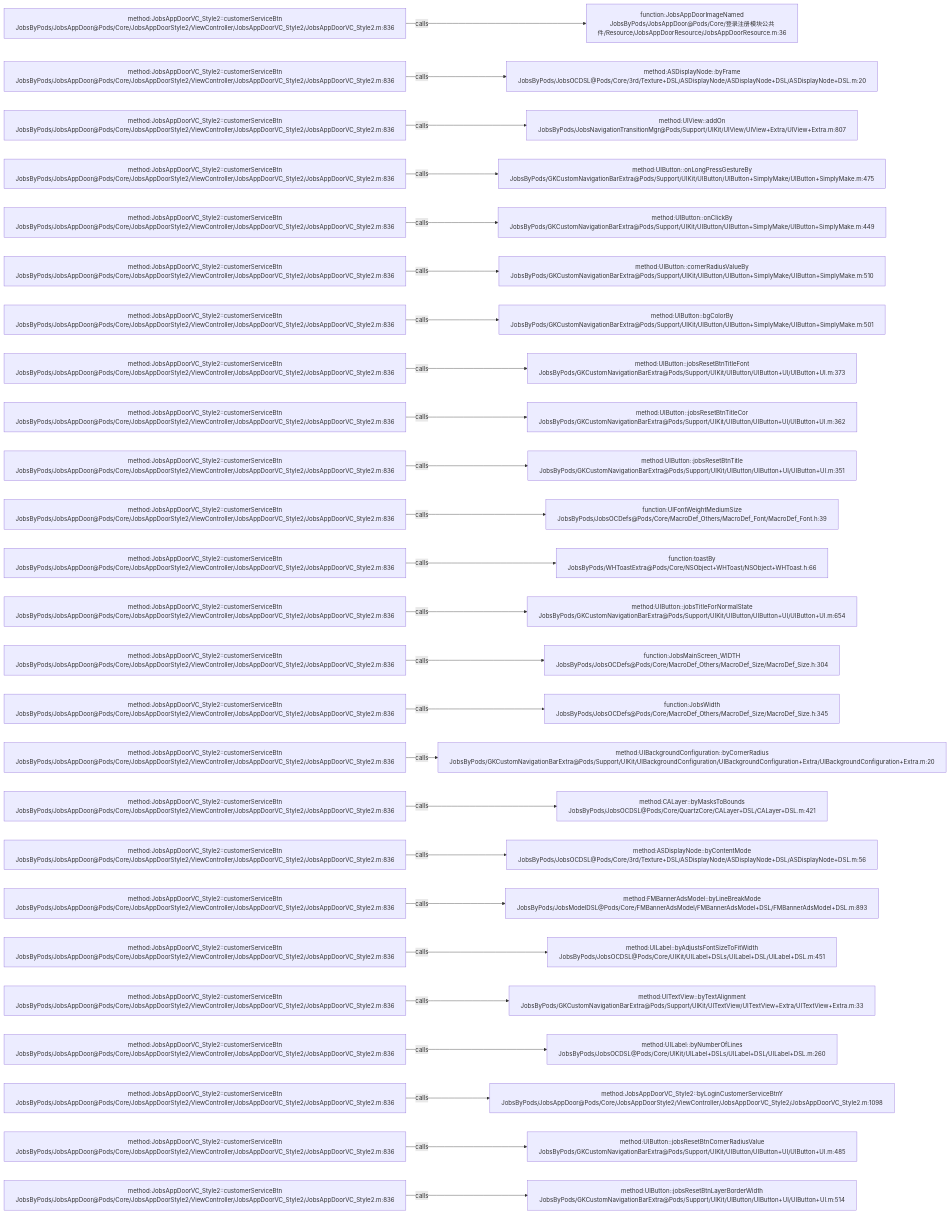
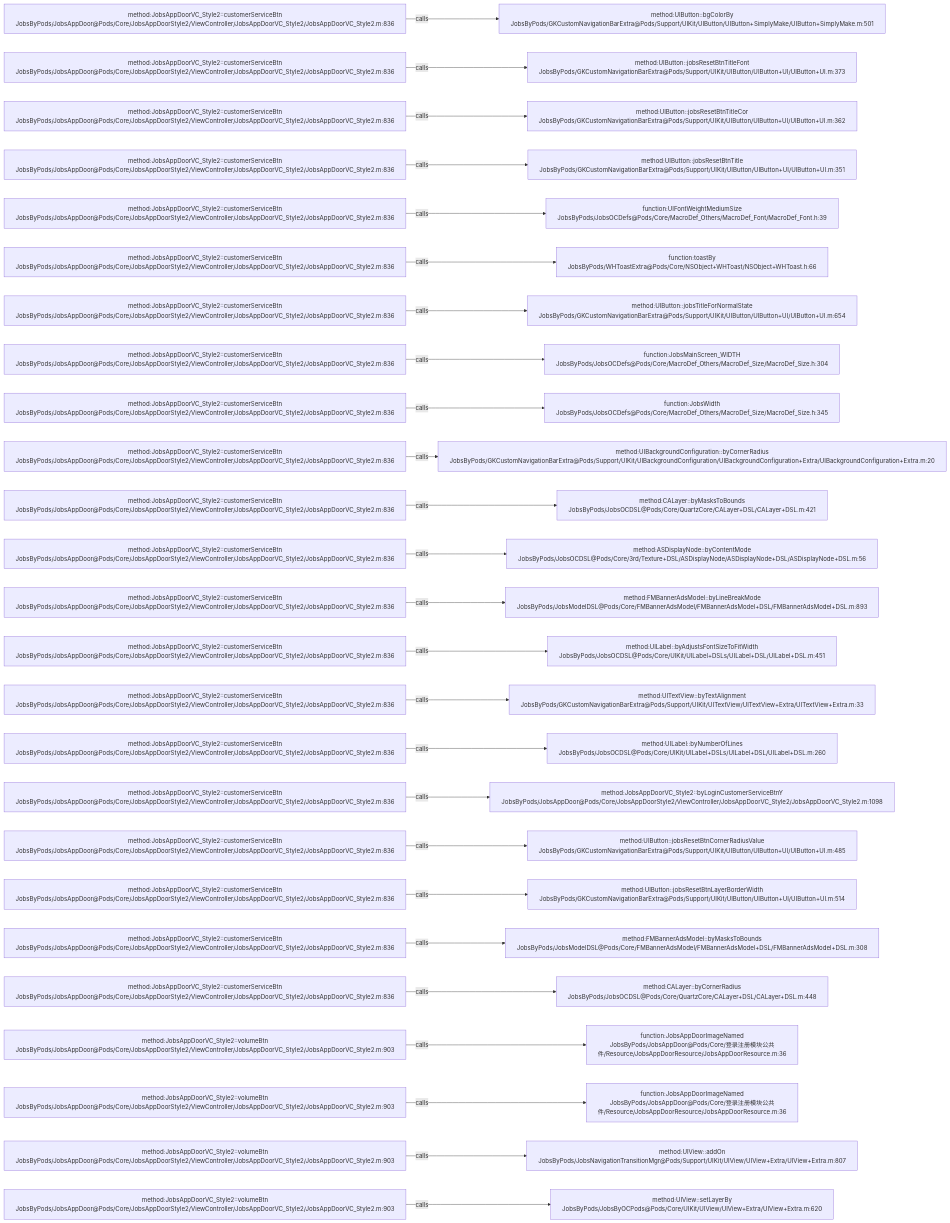
The diagram in .codegraph/codegraph.md/graphs/calls-144.md (JobsKits/JobsOCBaseConfigDemo), drawn with Mermaid before and after one commit. The commit also changed 116 other files, not shown here.

````diff
--- a/.codegraph/codegraph.md/graphs/calls-144.md
+++ b/.codegraph/codegraph.md/graphs/calls-144.md
@@ -13,78 +13,78 @@
 ```mermaid
 flowchart LR
   S1["method:JobsAppDoorVC_Style2::customerServiceBtn<br/>JobsByPods/JobsAppDoor@Pods/Core/JobsAppDoorStyle2/ViewController/JobsAppDoorVC_Style2/JobsAppDoorVC_Style2.m:836"]
-  T1["function:JobsAppDoorImageNamed<br/>JobsByPods/JobsAppDoor@Pods/Core/登录注册模块公共件/Resource/JobsAppDoorResource/JobsAppDoorResource.m:36"]
+  T1["method:UIButton::bgColorBy<br/>JobsByPods/GKCustomNavigationBarExtra@Pods/Support/UIKit/UIButton/UIButton+SimplyMake/UIButton+SimplyMake.m:501"]
   S1 -->|calls| T1
   S2["method:JobsAppDoorVC_Style2::customerServiceBtn<br/>JobsByPods/JobsAppDoor@Pods/Core/JobsAppDoorStyle2/ViewController/JobsAppDoorVC_Style2/JobsAppDoorVC_Style2.m:836"]
-  T2["method:ASDisplayNode::byFrame<br/>JobsByPods/JobsOCDSL@Pods/Core/3rd/Texture+DSL/ASDisplayNode/ASDisplayNode+DSL/ASDisplayNode+DSL.m:20"]
+  T2["method:UIButton::jobsResetBtnTitleFont<br/>JobsByPods/GKCustomNavigationBarExtra@Pods/Support/UIKit/UIButton/UIButton+UI/UIButton+UI.m:373"]
   S2 -->|calls| T2
   S3["method:JobsAppDoorVC_Style2::customerServiceBtn<br/>JobsByPods/JobsAppDoor@Pods/Core/JobsAppDoorStyle2/ViewController/JobsAppDoorVC_Style2/JobsAppDoorVC_Style2.m:836"]
-  T3["method:UIView::addOn<br/>JobsByPods/JobsNavigationTransitionMgr@Pods/Support/UIKit/UIView/UIView+Extra/UIView+Extra.m:807"]
+  T3["method:UIButton::jobsResetBtnTitleCor<br/>JobsByPods/GKCustomNavigationBarExtra@Pods/Support/UIKit/UIButton/UIButton+UI/UIButton+UI.m:362"]
   S3 -->|calls| T3
   S4["method:JobsAppDoorVC_Style2::customerServiceBtn<br/>JobsByPods/JobsAppDoor@Pods/Core/JobsAppDoorStyle2/ViewController/JobsAppDoorVC_Style2/JobsAppDoorVC_Style2.m:836"]
-  T4["method:UIButton::onLongPressGestureBy<br/>JobsByPods/GKCustomNavigationBarExtra@Pods/Support/UIKit/UIButton/UIButton+SimplyMake/UIButton+SimplyMake.m:475"]
+  T4["method:UIButton::jobsResetBtnTitle<br/>JobsByPods/GKCustomNavigationBarExtra@Pods/Support/UIKit/UIButton/UIButton+UI/UIButton+UI.m:351"]
   S4 -->|calls| T4
   S5["method:JobsAppDoorVC_Style2::customerServiceBtn<br/>JobsByPods/JobsAppDoor@Pods/Core/JobsAppDoorStyle2/ViewController/JobsAppDoorVC_Style2/JobsAppDoorVC_Style2.m:836"]
-  T5["method:UIButton::onClickBy<br/>JobsByPods/GKCustomNavigationBarExtra@Pods/Support/UIKit/UIButton/UIButton+SimplyMake/UIButton+SimplyMake.m:449"]
+  T5["function:UIFontWeightMediumSize<br/>JobsByPods/JobsOCDefs@Pods/Core/MacroDef_Others/MacroDef_Font/MacroDef_Font.h:39"]
   S5 -->|calls| T5
   S6["method:JobsAppDoorVC_Style2::customerServiceBtn<br/>JobsByPods/JobsAppDoor@Pods/Core/JobsAppDoorStyle2/ViewController/JobsAppDoorVC_Style2/JobsAppDoorVC_Style2.m:836"]
-  T6["method:UIButton::cornerRadiusValueBy<br/>JobsByPods/GKCustomNavigationBarExtra@Pods/Support/UIKit/UIButton/UIButton+SimplyMake/UIButton+SimplyMake.m:510"]
+  T6["function:toastBy<br/>JobsByPods/WHToastExtra@Pods/Core/NSObject+WHToast/NSObject+WHToast.h:66"]
   S6 -->|calls| T6
   S7["method:JobsAppDoorVC_Style2::customerServiceBtn<br/>JobsByPods/JobsAppDoor@Pods/Core/JobsAppDoorStyle2/ViewController/JobsAppDoorVC_Style2/JobsAppDoorVC_Style2.m:836"]
-  T7["method:UIButton::bgColorBy<br/>JobsByPods/GKCustomNavigationBarExtra@Pods/Support/UIKit/UIButton/UIButton+SimplyMake/UIButton+SimplyMake.m:501"]
+  T7["method:UIButton::jobsTitleForNormalState<br/>JobsByPods/GKCustomNavigationBarExtra@Pods/Support/UIKit/UIButton/UIButton+UI/UIButton+UI.m:654"]
   S7 -->|calls| T7
   S8["method:JobsAppDoorVC_Style2::customerServiceBtn<br/>JobsByPods/JobsAppDoor@Pods/Core/JobsAppDoorStyle2/ViewController/JobsAppDoorVC_Style2/JobsAppDoorVC_Style2.m:836"]
-  T8["method:UIButton::jobsResetBtnTitleFont<br/>JobsByPods/GKCustomNavigationBarExtra@Pods/Support/UIKit/UIButton/UIButton+UI/UIButton+UI.m:373"]
+  T8["function:JobsMainScreen_WIDTH<br/>JobsByPods/JobsOCDefs@Pods/Core/MacroDef_Others/MacroDef_Size/MacroDef_Size.h:304"]
   S8 -->|calls| T8
   S9["method:JobsAppDoorVC_Style2::customerServiceBtn<br/>JobsByPods/JobsAppDoor@Pods/Core/JobsAppDoorStyle2/ViewController/JobsAppDoorVC_Style2/JobsAppDoorVC_Style2.m:836"]
-  T9["method:UIButton::jobsResetBtnTitleCor<br/>JobsByPods/GKCustomNavigationBarExtra@Pods/Support/UIKit/UIButton/UIButton+UI/UIButton+UI.m:362"]
+  T9["function:JobsWidth<br/>JobsByPods/JobsOCDefs@Pods/Core/MacroDef_Others/MacroDef_Size/MacroDef_Size.h:345"]
   S9 -->|calls| T9
   S10["method:JobsAppDoorVC_Style2::customerServiceBtn<br/>JobsByPods/JobsAppDoor@Pods/Core/JobsAppDoorStyle2/ViewController/JobsAppDoorVC_Style2/JobsAppDoorVC_Style2.m:836"]
-  T10["method:UIButton::jobsResetBtnTitle<br/>JobsByPods/GKCustomNavigationBarExtra@Pods/Support/UIKit/UIButton/UIButton+UI/UIButton+UI.m:351"]
+  T10["method:UIBackgroundConfiguration::byCornerRadius<br/>JobsByPods/GKCustomNavigationBarExtra@Pods/Support/UIKit/UIBackgroundConfiguration/UIBackgroundConfiguration+Extra/UIBackgroundConfiguration+Extra.m:20"]
   S10 -->|calls| T10
   S11["method:JobsAppDoorVC_Style2::customerServiceBtn<br/>JobsByPods/JobsAppDoor@Pods/Core/JobsAppDoorStyle2/ViewController/JobsAppDoorVC_Style2/JobsAppDoorVC_Style2.m:836"]
-  T11["function:UIFontWeightMediumSize<br/>JobsByPods/JobsOCDefs@Pods/Core/MacroDef_Others/MacroDef_Font/MacroDef_Font.h:39"]
+  T11["method:CALayer::byMasksToBounds<br/>JobsByPods/JobsOCDSL@Pods/Core/QuartzCore/CALayer+DSL/CALayer+DSL.m:421"]
   S11 -->|calls| T11
   S12["method:JobsAppDoorVC_Style2::customerServiceBtn<br/>JobsByPods/JobsAppDoor@Pods/Core/JobsAppDoorStyle2/ViewController/JobsAppDoorVC_Style2/JobsAppDoorVC_Style2.m:836"]
-  T12["function:toastBy<br/>JobsByPods/WHToastExtra@Pods/Core/NSObject+WHToast/NSObject+WHToast.h:66"]
+  T12["method:ASDisplayNode::byContentMode<br/>JobsByPods/JobsOCDSL@Pods/Core/3rd/Texture+DSL/ASDisplayNode/ASDisplayNode+DSL/ASDisplayNode+DSL.m:56"]
   S12 -->|calls| T12
   S13["method:JobsAppDoorVC_Style2::customerServiceBtn<br/>JobsByPods/JobsAppDoor@Pods/Core/JobsAppDoorStyle2/ViewController/JobsAppDoorVC_Style2/JobsAppDoorVC_Style2.m:836"]
-  T13["method:UIButton::jobsTitleForNormalState<br/>JobsByPods/GKCustomNavigationBarExtra@Pods/Support/UIKit/UIButton/UIButton+UI/UIButton+UI.m:654"]
+  T13["method:FMBannerAdsModel::byLineBreakMode<br/>JobsByPods/JobsModelDSL@Pods/Core/FMBannerAdsModel/FMBannerAdsModel+DSL/FMBannerAdsModel+DSL.m:893"]
   S13 -->|calls| T13
   S14["method:JobsAppDoorVC_Style2::customerServiceBtn<br/>JobsByPods/JobsAppDoor@Pods/Core/JobsAppDoorStyle2/ViewController/JobsAppDoorVC_Style2/JobsAppDoorVC_Style2.m:836"]
-  T14["function:JobsMainScreen_WIDTH<br/>JobsByPods/JobsOCDefs@Pods/Core/MacroDef_Others/MacroDef_Size/MacroDef_Size.h:304"]
+  T14["method:UILabel::byAdjustsFontSizeToFitWidth<br/>JobsByPods/JobsOCDSL@Pods/Core/UIKit/UILabel+DSLs/UILabel+DSL/UILabel+DSL.m:451"]
   S14 -->|calls| T14
   S15["method:JobsAppDoorVC_Style2::customerServiceBtn<br/>JobsByPods/JobsAppDoor@Pods/Core/JobsAppDoorStyle2/ViewController/JobsAppDoorVC_Style2/JobsAppDoorVC_Style2.m:836"]
-  T15["function:JobsWidth<br/>JobsByPods/JobsOCDefs@Pods/Core/MacroDef_Others/MacroDef_Size/MacroDef_Size.h:345"]
+  T15["method:UITextView::byTextAlignment<br/>JobsByPods/GKCustomNavigationBarExtra@Pods/Support/UIKit/UITextView/UITextView+Extra/UITextView+Extra.m:33"]
   S15 -->|calls| T15
   S16["method:JobsAppDoorVC_Style2::customerServiceBtn<br/>JobsByPods/JobsAppDoor@Pods/Core/JobsAppDoorStyle2/ViewController/JobsAppDoorVC_Style2/JobsAppDoorVC_Style2.m:836"]
-  T16["method:UIBackgroundConfiguration::byCornerRadius<br/>JobsByPods/GKCustomNavigationBarExtra@Pods/Support/UIKit/UIBackgroundConfiguration/UIBackgroundConfiguration+Extra/UIBackgroundConfiguration+Extra.m:20"]
+  T16["method:UILabel::byNumberOfLines<br/>JobsByPods/JobsOCDSL@Pods/Core/UIKit/UILabel+DSLs/UILabel+DSL/UILabel+DSL.m:260"]
   S16 -->|calls| T16
   S17["method:JobsAppDoorVC_Style2::customerServiceBtn<br/>JobsByPods/JobsAppDoor@Pods/Core/JobsAppDoorStyle2/ViewController/JobsAppDoorVC_Style2/JobsAppDoorVC_Style2.m:836"]
-  T17["method:CALayer::byMasksToBounds<br/>JobsByPods/JobsOCDSL@Pods/Core/QuartzCore/CALayer+DSL/CALayer+DSL.m:421"]
+  T17["method:JobsAppDoorVC_Style2::byLoginCustomerServiceBtnY<br/>JobsByPods/JobsAppDoor@Pods/Core/JobsAppDoorStyle2/ViewController/JobsAppDoorVC_Style2/JobsAppDoorVC_Style2.m:1098"]
   S17 -->|calls| T17
   S18["method:JobsAppDoorVC_Style2::customerServiceBtn<br/>JobsByPods/JobsAppDoor@Pods/Core/JobsAppDoorStyle2/ViewController/JobsAppDoorVC_Style2/JobsAppDoorVC_Style2.m:836"]
-  T18["method:ASDisplayNode::byContentMode<br/>JobsByPods/JobsOCDSL@Pods/Core/3rd/Texture+DSL/ASDisplayNode/ASDisplayNode+DSL/ASDisplayNode+DSL.m:56"]
+  T18["method:UIButton::jobsResetBtnCornerRadiusValue<br/>JobsByPods/GKCustomNavigationBarExtra@Pods/Support/UIKit/UIButton/UIButton+UI/UIButton+UI.m:485"]
   S18 -->|calls| T18
   S19["method:JobsAppDoorVC_Style2::customerServiceBtn<br/>JobsByPods/JobsAppDoor@Pods/Core/JobsAppDoorStyle2/ViewController/JobsAppDoorVC_Style2/JobsAppDoorVC_Style2.m:836"]
-  T19["method:FMBannerAdsModel::byLineBreakMode<br/>JobsByPods/JobsModelDSL@Pods/Core/FMBannerAdsModel/FMBannerAdsModel+DSL/FMBannerAdsModel+DSL.m:893"]
+  T19["method:UIButton::jobsResetBtnLayerBorderWidth<br/>JobsByPods/GKCustomNavigationBarExtra@Pods/Support/UIKit/UIButton/UIButton+UI/UIButton+UI.m:514"]
   S19 -->|calls| T19
   S20["method:JobsAppDoorVC_Style2::customerServiceBtn<br/>JobsByPods/JobsAppDoor@Pods/Core/JobsAppDoorStyle2/ViewController/JobsAppDoorVC_Style2/JobsAppDoorVC_Style2.m:836"]
-  T20["method:UILabel::byAdjustsFontSizeToFitWidth<br/>JobsByPods/JobsOCDSL@Pods/Core/UIKit/UILabel+DSLs/UILabel+DSL/UILabel+DSL.m:451"]
+  T20["method:FMBannerAdsModel::byMasksToBounds<br/>JobsByPods/JobsModelDSL@Pods/Core/FMBannerAdsModel/FMBannerAdsModel+DSL/FMBannerAdsModel+DSL.m:308"]
   S20 -->|calls| T20
   S21["method:JobsAppDoorVC_Style2::customerServiceBtn<br/>JobsByPods/JobsAppDoor@Pods/Core/JobsAppDoorStyle2/ViewController/JobsAppDoorVC_Style2/JobsAppDoorVC_Style2.m:836"]
-  T21["method:UITextView::byTextAlignment<br/>JobsByPods/GKCustomNavigationBarExtra@Pods/Support/UIKit/UITextView/UITextView+Extra/UITextView+Extra.m:33"]
+  T21["method:CALayer::byCornerRadius<br/>JobsByPods/JobsOCDSL@Pods/Core/QuartzCore/CALayer+DSL/CALayer+DSL.m:448"]
   S21 -->|calls| T21
-  S22["method:JobsAppDoorVC_Style2::customerServiceBtn<br/>JobsByPods/JobsAppDoor@Pods/Core/JobsAppDoorStyle2/ViewController/JobsAppDoorVC_Style2/JobsAppDoorVC_Style2.m:836"]
-  T22["method:UILabel::byNumberOfLines<br/>JobsByPods/JobsOCDSL@Pods/Core/UIKit/UILabel+DSLs/UILabel+DSL/UILabel+DSL.m:260"]
+  S22["method:JobsAppDoorVC_Style2::volumeBtn<br/>JobsByPods/JobsAppDoor@Pods/Core/JobsAppDoorStyle2/ViewController/JobsAppDoorVC_Style2/JobsAppDoorVC_Style2.m:903"]
+  T22["function:JobsAppDoorImageNamed<br/>JobsByPods/JobsAppDoor@Pods/Core/登录注册模块公共件/Resource/JobsAppDoorResource/JobsAppDoorResource.m:36"]
   S22 -->|calls| T22
-  S23["method:JobsAppDoorVC_Style2::customerServiceBtn<br/>JobsByPods/JobsAppDoor@Pods/Core/JobsAppDoorStyle2/ViewController/JobsAppDoorVC_Style2/JobsAppDoorVC_Style2.m:836"]
-  T23["method:JobsAppDoorVC_Style2::byLoginCustomerServiceBtnY<br/>JobsByPods/JobsAppDoor@Pods/Core/JobsAppDoorStyle2/ViewController/JobsAppDoorVC_Style2/JobsAppDoorVC_Style2.m:1098"]
+  S23["method:JobsAppDoorVC_Style2::volumeBtn<br/>JobsByPods/JobsAppDoor@Pods/Core/JobsAppDoorStyle2/ViewController/JobsAppDoorVC_Style2/JobsAppDoorVC_Style2.m:903"]
+  T23["function:JobsAppDoorImageNamed<br/>JobsByPods/JobsAppDoor@Pods/Core/登录注册模块公共件/Resource/JobsAppDoorResource/JobsAppDoorResource.m:36"]
   S23 -->|calls| T23
-  S24["method:JobsAppDoorVC_Style2::customerServiceBtn<br/>JobsByPods/JobsAppDoor@Pods/Core/JobsAppDoorStyle2/ViewController/JobsAppDoorVC_Style2/JobsAppDoorVC_Style2.m:836"]
-  T24["method:UIButton::jobsResetBtnCornerRadiusValue<br/>JobsByPods/GKCustomNavigationBarExtra@Pods/Support/UIKit/UIButton/UIButton+UI/UIButton+UI.m:485"]
+  S24["method:JobsAppDoorVC_Style2::volumeBtn<br/>JobsByPods/JobsAppDoor@Pods/Core/JobsAppDoorStyle2/ViewController/JobsAppDoorVC_Style2/JobsAppDoorVC_Style2.m:903"]
+  T24["method:UIView::addOn<br/>JobsByPods/JobsNavigationTransitionMgr@Pods/Support/UIKit/UIView/UIView+Extra/UIView+Extra.m:807"]
   S24 -->|calls| T24
-  S25["method:JobsAppDoorVC_Style2::customerServiceBtn<br/>JobsByPods/JobsAppDoor@Pods/Core/JobsAppDoorStyle2/ViewController/JobsAppDoorVC_Style2/JobsAppDoorVC_Style2.m:836"]
-  T25["method:UIButton::jobsResetBtnLayerBorderWidth<br/>JobsByPods/GKCustomNavigationBarExtra@Pods/Support/UIKit/UIButton/UIButton+UI/UIButton+UI.m:514"]
+  S25["method:JobsAppDoorVC_Style2::volumeBtn<br/>JobsByPods/JobsAppDoor@Pods/Core/JobsAppDoorStyle2/ViewController/JobsAppDoorVC_Style2/JobsAppDoorVC_Style2.m:903"]
+  T25["method:UIView::setLayerBy<br/>JobsByPods/JobsByOCPods@Pods/Core/UIKit/UIView/UIView+Extra/UIView+Extra.m:620"]
   S25 -->|calls| T25
 ```
````
